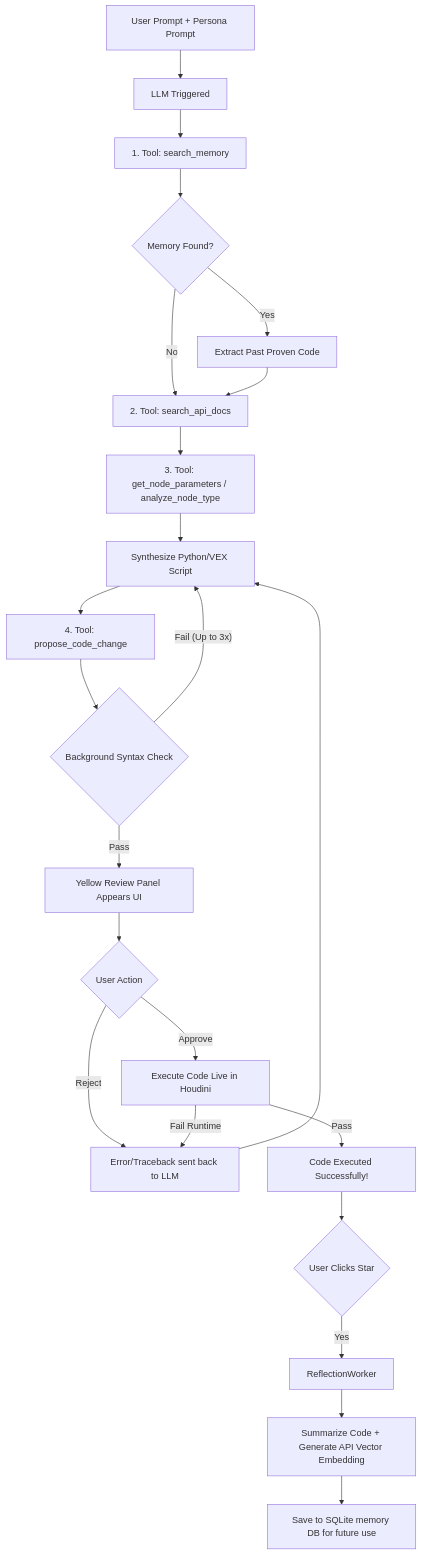
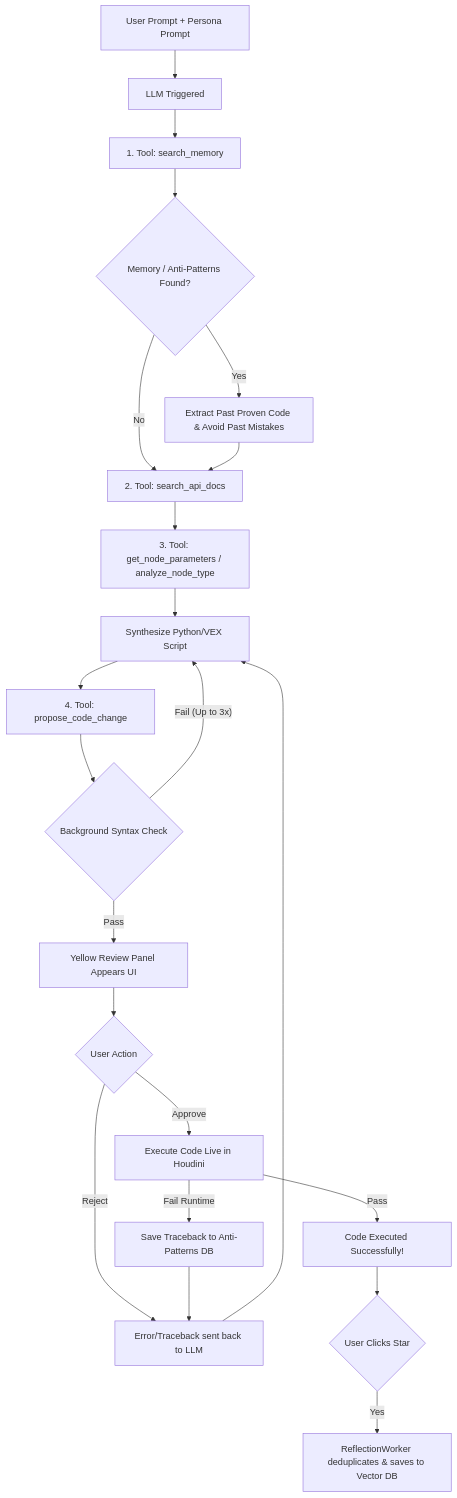
The diagram in agentic_workflow.md (mangomaker5/Houdini-LLM), drawn with Mermaid before and after one commit. The commit also changed other lines of this file and 12 other files, not shown here.

````diff
--- a/agentic_workflow.md
+++ b/agentic_workflow.md
@@ -18,25 +18,24 @@
 ```mermaid
 graph TD
     A[User Prompt + Persona Prompt] --> B[LLM Triggered]
     B --> C[1. Tool: search_memory]
-    C --> D{Memory Found?}
-    D -- Yes --> E[Extract Past Proven Code]
+    C --> D{Memory / Anti-Patterns Found?}
+    D -- Yes --> E[Extract Past Proven Code & Avoid Past Mistakes]
     D -- No --> F[2. Tool: search_api_docs]
     E --> F
     F --> G[3. Tool: get_node_parameters / analyze_node_type]
     G --> H[Synthesize Python/VEX Script]
     H --> I[4. Tool: propose_code_change]
     I --> J{Background Syntax Check}
     J -- Fail (Up to 3x) --> H
     J -- Pass --> K[Yellow Review Panel Appears UI]
     K --> L{User Action}
     L -- Reject --> M[Error/Traceback sent back to LLM]
     M --> H
     L -- Approve --> N[Execute Code Live in Houdini]
-    N -- Fail Runtime --> M
-    N -- Pass --> O[Code Executed Successfully!]
-    O --> P{User Clicks Star}
-    P -- Yes --> Q[ReflectionWorker]
-    Q --> R[Summarize Code + Generate API Vector Embedding]
-    R --> S[Save to SQLite memory DB for future use]
+    N -- Fail Runtime --> O[Save Traceback to Anti-Patterns DB]
+    O --> M
+    N -- Pass --> P[Code Executed Successfully!]
+    P --> Q{User Clicks Star}
+    Q -- Yes --> R[ReflectionWorker deduplicates & saves to Vector DB]
 ```
````
